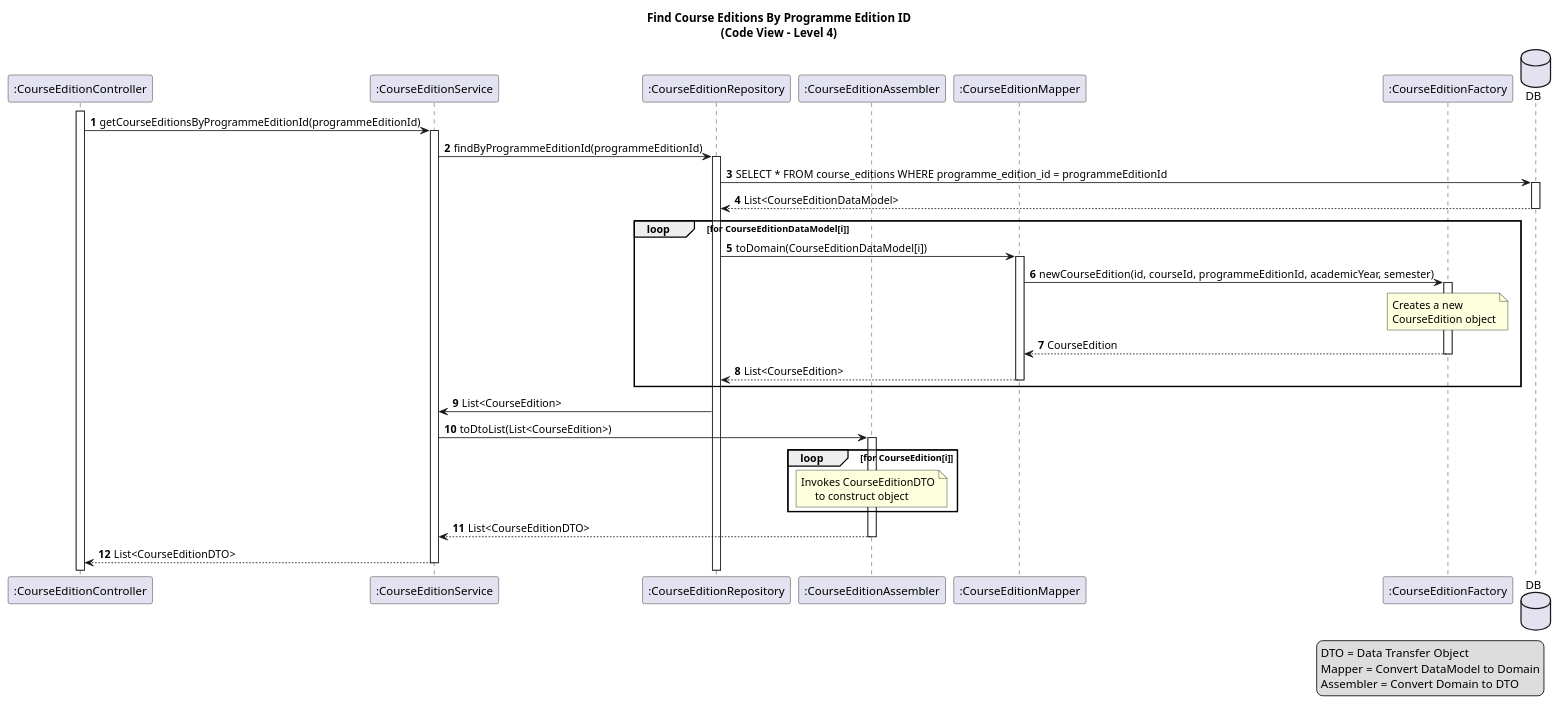
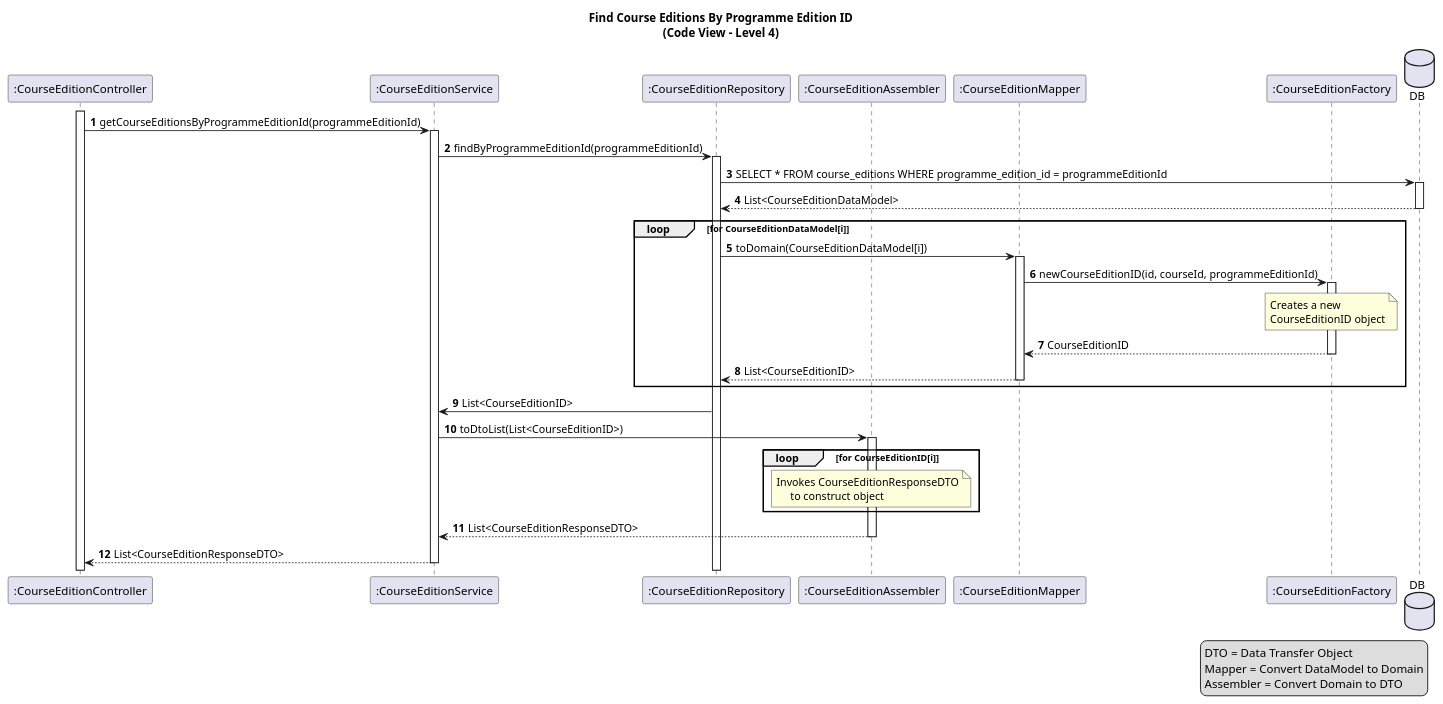
The diagram in docs/US16/sprint6_RestController/process_view/references/FindCourseEditionByProgrammeEditionId.puml (GasparISEP/DevOps-PAI), drawn with PlantUML before and after one commit.

Commit message:
[docs] Update flow diagram for FindCourseEditionByProgrammeEditionId to reflect changes in object naming and types, replacing CourseEdition with CourseEditionID and CourseEditionDTO with CourseEditionResponseDTO Refs: #536, #549

```diff
--- a/docs/US16/sprint6_RestController/process_view/references/FindCourseEditionByProgrammeEditionId.puml
+++ b/docs/US16/sprint6_RestController/process_view/references/FindCourseEditionByProgrammeEditionId.puml
@@ -1,49 +1,49 @@
 @startuml
 title: Find Course Editions By Programme Edition ID\n(Code View - Level 4)
 
 autonumber
 
 participant ":CourseEditionController" as ceCtrl
 activate ceCtrl
 participant ":CourseEditionService" as ceService
 participant ":CourseEditionRepository" as ceRepo
 participant ":CourseEditionAssembler" as ceAssembler
 participant ":CourseEditionMapper" as ceMapper
 participant ":CourseEditionFactory" as ceFactory
 database DB
 
 ceCtrl -> ceService ++: getCourseEditionsByProgrammeEditionId(programmeEditionId)
 ceService -> ceRepo ++: findByProgrammeEditionId(programmeEditionId)
 ceRepo -> DB ++: SELECT * FROM course_editions WHERE programme_edition_id = programmeEditionId
 DB --> ceRepo --: List<CourseEditionDataModel>
 
 loop for CourseEditionDataModel[i]
 ceRepo -> ceMapper ++: toDomain(CourseEditionDataModel[i])
-ceMapper -> ceFactory ++: newCourseEdition(id, courseId, programmeEditionId, academicYear, semester)
+ceMapper -> ceFactory ++: newCourseEditionID(id, courseId, programmeEditionId)
 note over of ceFactory
     Creates a new
-    CourseEdition object
+    CourseEditionID object
 end note
-ceFactory --> ceMapper --: CourseEdition
-ceMapper --> ceRepo --: List<CourseEdition>
+ceFactory --> ceMapper --: CourseEditionID
+ceMapper --> ceRepo --: List<CourseEditionID>
 end
 
-ceRepo -> ceService: List<CourseEdition>
-ceService -> ceAssembler ++: toDtoList(List<CourseEdition>)
+ceRepo -> ceService: List<CourseEditionID>
+ceService -> ceAssembler ++: toDtoList(List<CourseEditionID>)
 
-loop for CourseEdition[i]
+loop for CourseEditionID[i]
     note over of ceAssembler
-        Invokes CourseEditionDTO
+        Invokes CourseEditionResponseDTO
              to construct object
     end note
 end
-ceAssembler --> ceService --: List<CourseEditionDTO>
-ceService --> ceCtrl --: List<CourseEditionDTO>
+ceAssembler --> ceService --: List<CourseEditionResponseDTO>
+ceService --> ceCtrl --: List<CourseEditionResponseDTO>
 
 legend right
   DTO = Data Transfer Object
   Mapper = Convert DataModel to Domain
   Assembler = Convert Domain to DTO
 end legend
 
 @enduml 
```
